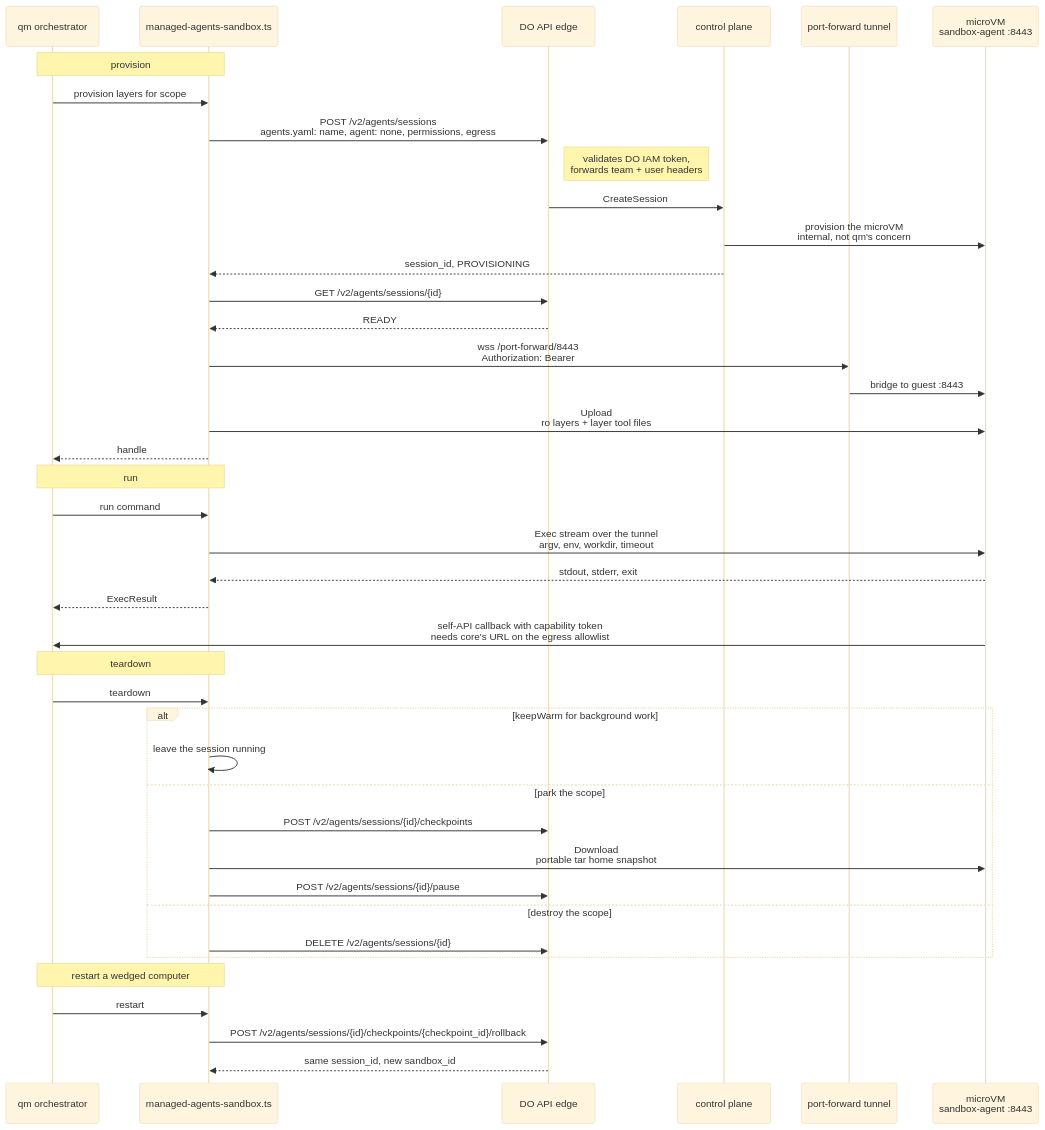
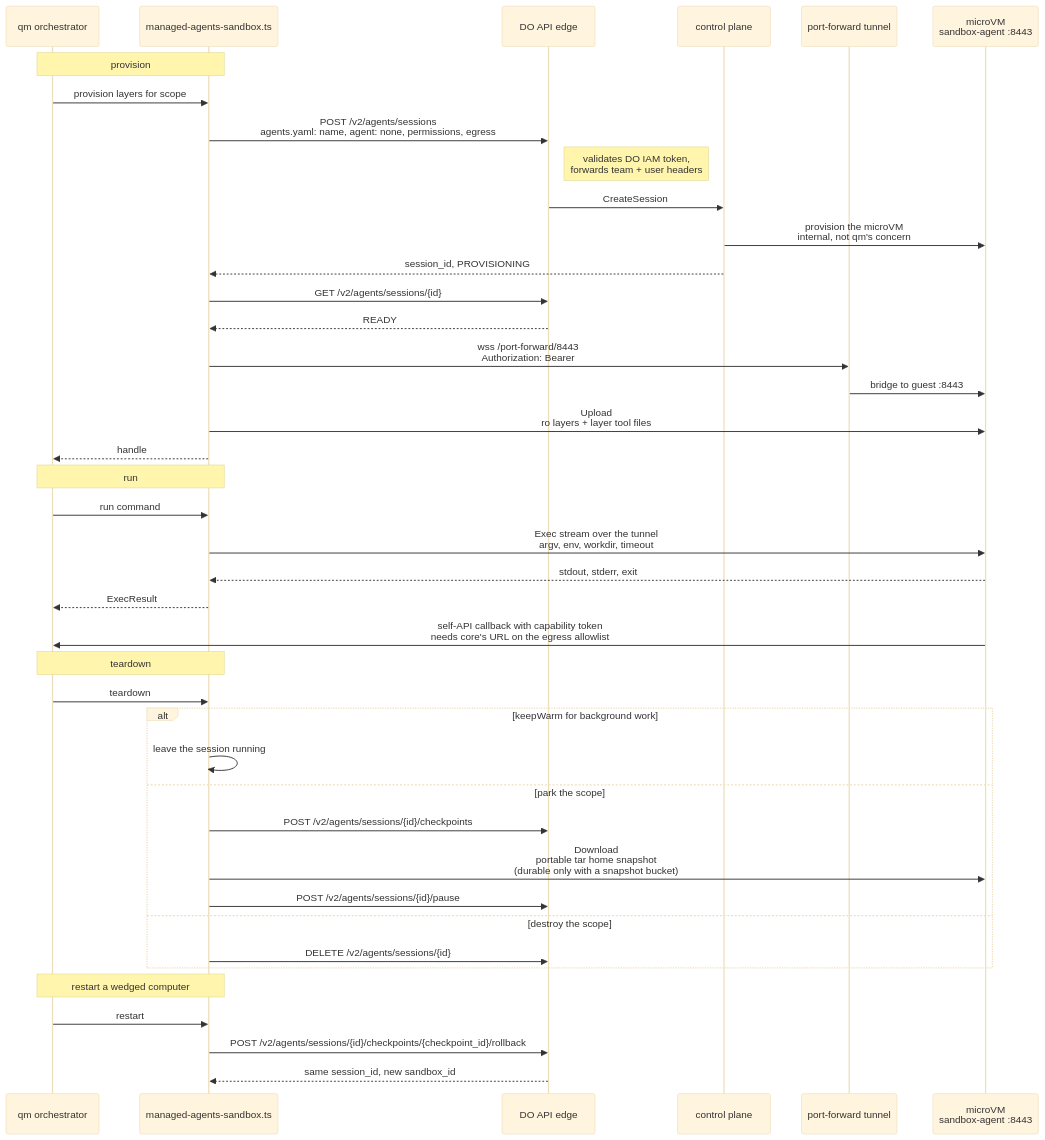
Before and after one commit to yc-software/qm: the second of 2 diagrams in adrs/managed-agents-sandbox-backend.md, drawn with Mermaid (base theme). The commit also changed other lines of this file and 1 other file, not shown here.

````diff
--- a/adrs/managed-agents-sandbox-backend.md
+++ b/adrs/managed-agents-sandbox-backend.md
@@ -27,47 +27,47 @@
 ```mermaid
 sequenceDiagram
   participant O as qm orchestrator
   participant B as managed-agents-sandbox.ts
   participant E as DO API edge
   participant H as control plane
   participant T as port-forward tunnel
   participant V as microVM<br/>sandbox-agent :8443
 
   Note over O,B: provision
   O->>B: provision layers for scope
   B->>E: POST /v2/agents/sessions<br/>agents.yaml: name, agent: none, permissions, egress
   Note right of E: validates DO IAM token,<br/>forwards team + user headers
   E->>H: CreateSession
   H->>V: provision the microVM<br/>internal, not qm's concern
   H-->>B: session_id, PROVISIONING
   B->>E: GET /v2/agents/sessions/{id}
   E-->>B: READY
   B->>T: wss /port-forward/8443<br/>Authorization: Bearer
   T->>V: bridge to guest :8443
   B->>V: Upload<br/>ro layers + layer tool files
   B-->>O: handle
 
   Note over O,B: run
   O->>B: run command
   B->>V: Exec stream over the tunnel<br/>argv, env, workdir, timeout
   V-->>B: stdout, stderr, exit
   B-->>O: ExecResult
   V->>O: self-API callback with capability token<br/>needs core's URL on the egress allowlist
 
   Note over O,B: teardown
   O->>B: teardown
   alt keepWarm for background work
     B->>B: leave the session running
   else park the scope
     B->>E: POST /v2/agents/sessions/{id}/checkpoints
-    B->>V: Download<br/>portable tar home snapshot
+    B->>V: Download<br/>portable tar home snapshot<br/>(durable only with a snapshot bucket)
     B->>E: POST /v2/agents/sessions/{id}/pause
   else destroy the scope
     B->>E: DELETE /v2/agents/sessions/{id}
   end
 
   Note over O,B: restart a wedged computer
   O->>B: restart
   B->>E: POST /v2/agents/sessions/{id}/checkpoints/{checkpoint_id}/rollback
   E-->>B: same session_id, new sandbox_id
 ```
````
